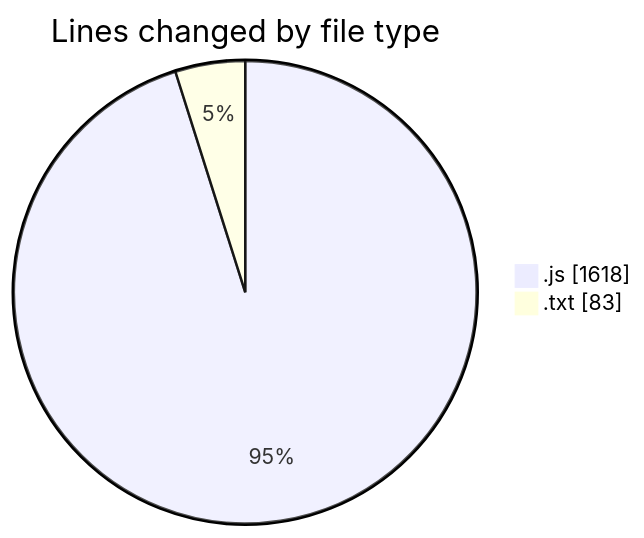
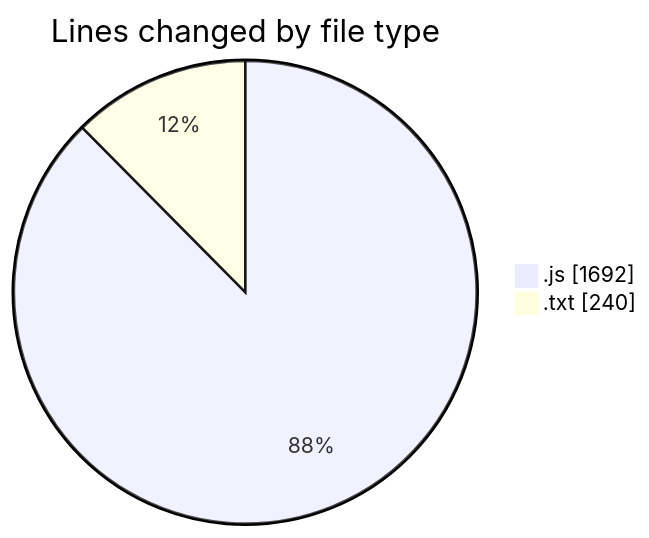
The first of 2 diagrams in 2025-05-30/nxtqube_webapp/README.md (nxtqubesakshisongat/code-tracking), drawn with Mermaid before and after one commit. The commit also changed other lines of this file and 1 other file, not shown here.

````diff
--- a/2025-05-30/nxtqube_webapp/README.md
+++ b/2025-05-30/nxtqube_webapp/README.md
@@ -26,6 +26,6 @@
 ```mermaid
 pie showData
 title Lines changed by file type
-".js" : 1618
-".txt" : 83
+".js" : 1692
+".txt" : 240
 ```
````
